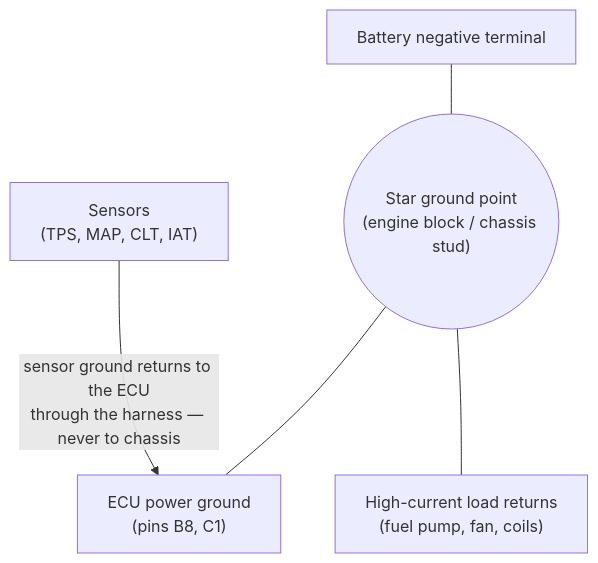
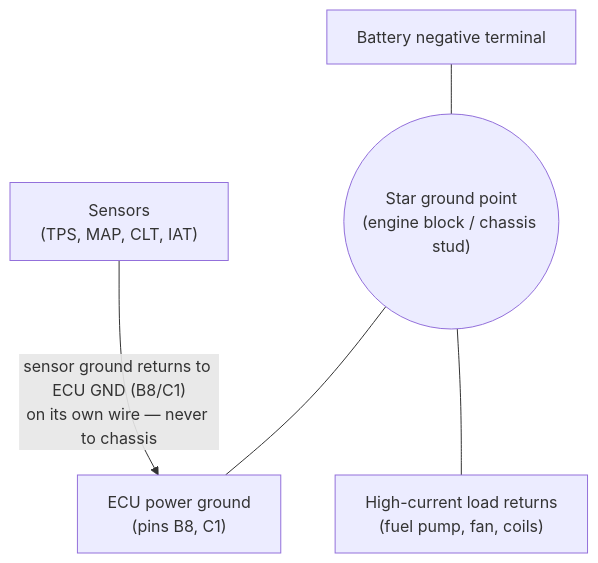
Before and after one commit to martijn4313/hupftronik-docs: the first of 3 diagrams in docs/products/motorsteuergerat-24p-v1/wiring.md, drawn with Mermaid. The commit also changed other lines of this file and 19 other files, not shown here.

````diff
--- a/docs/products/motorsteuergerat-24p-v1/wiring.md
+++ b/docs/products/motorsteuergerat-24p-v1/wiring.md
@@ -24,7 +28,7 @@
 ```mermaid
 flowchart TD
     BATN["Battery negative terminal"] --- STAR(("Star ground point<br/>(engine block / chassis stud)"))
     STAR --- ECU["ECU power ground<br/>(pins B8, C1)"]
     STAR --- LOAD["High-current load returns<br/>(fuel pump, fan, coils)"]
-    SENS["Sensors<br/>(TPS, MAP, CLT, IAT)"] -->|"sensor ground returns to the ECU<br/>through the harness — never to chassis"| ECU
+    SENS["Sensors<br/>(TPS, MAP, CLT, IAT)"] -->|"sensor ground returns to ECU GND (B8/C1)<br/>on its own wire — never to chassis"| ECU
 ```
````
